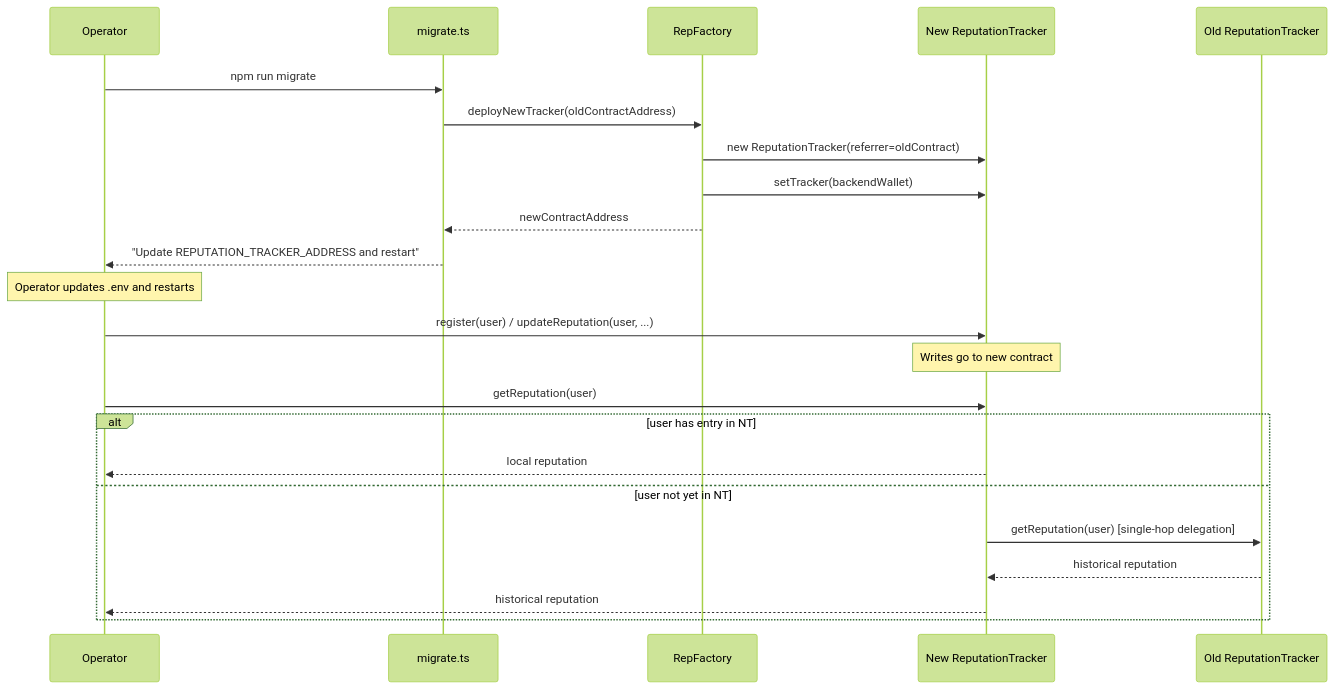
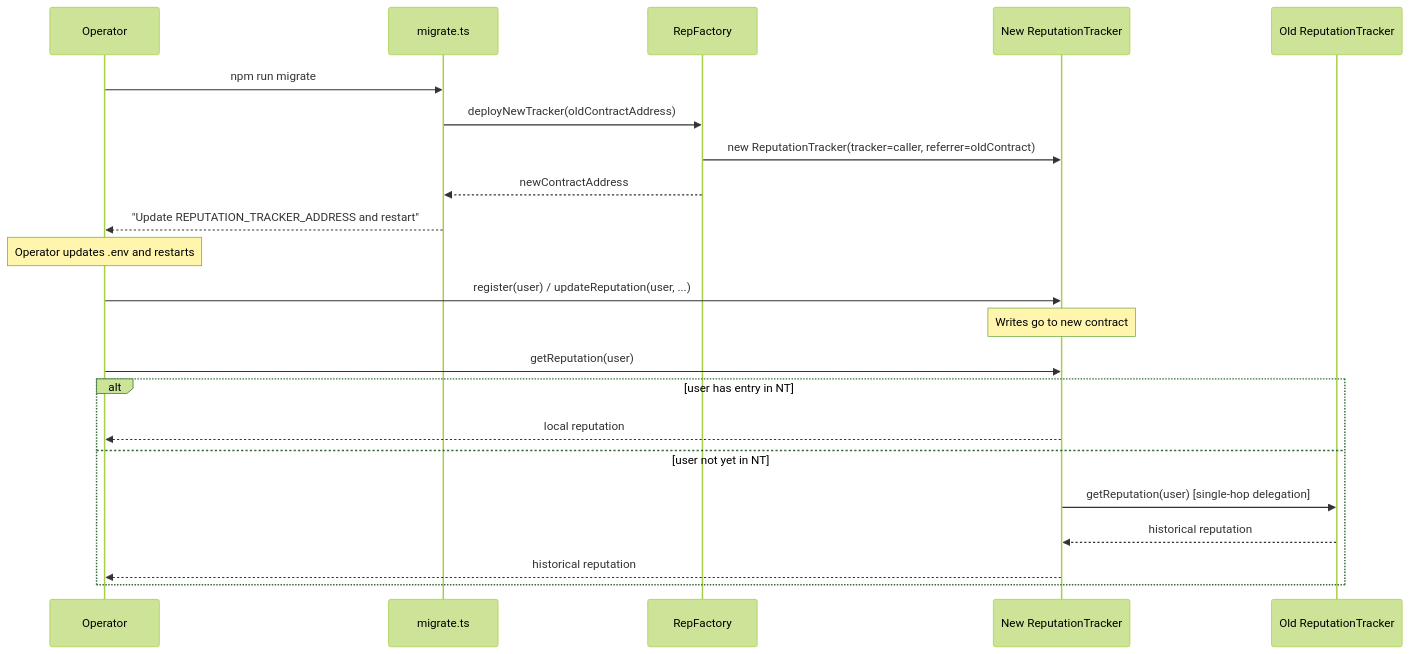
One commit to Persistent-BitTorrent-Tracker/persistent_bittorrent_tracker changed the diagram in backend/README.md. Above: the diagram before and after it, drawn with Mermaid (forest theme). The commit also changed 11 other files, not shown here.

First line of the commit message:
Make contracts fully immutable: remove setTracker/OWNER, simplify factory

````diff
--- a/backend/README.md
+++ b/backend/README.md
@@ -305,29 +305,28 @@
 ```mermaid
 sequenceDiagram
     participant Op as Operator
     participant Sc as migrate.ts
     participant Fa as RepFactory
     participant NT as New ReputationTracker
     participant OT as Old ReputationTracker
 
     Op->>Sc: npm run migrate
     Sc->>Fa: deployNewTracker(oldContractAddress)
-    Fa->>NT: new ReputationTracker(referrer=oldContract)
-    Fa->>NT: setTracker(backendWallet)
+    Fa->>NT: new ReputationTracker(tracker=caller, referrer=oldContract)
     Fa-->>Sc: newContractAddress
     Sc-->>Op: "Update REPUTATION_TRACKER_ADDRESS and restart"
 
     Note over Op: Operator updates .env and restarts
 
     Op->>NT: register(user) / updateReputation(user, ...)
     Note over NT: Writes go to new contract
 
     Op->>NT: getReputation(user)
     alt user has entry in NT
         NT-->>Op: local reputation
     else user not yet in NT
         NT->>OT: getReputation(user) [single-hop delegation]
         OT-->>NT: historical reputation
         NT-->>Op: historical reputation
     end
 ```
````
